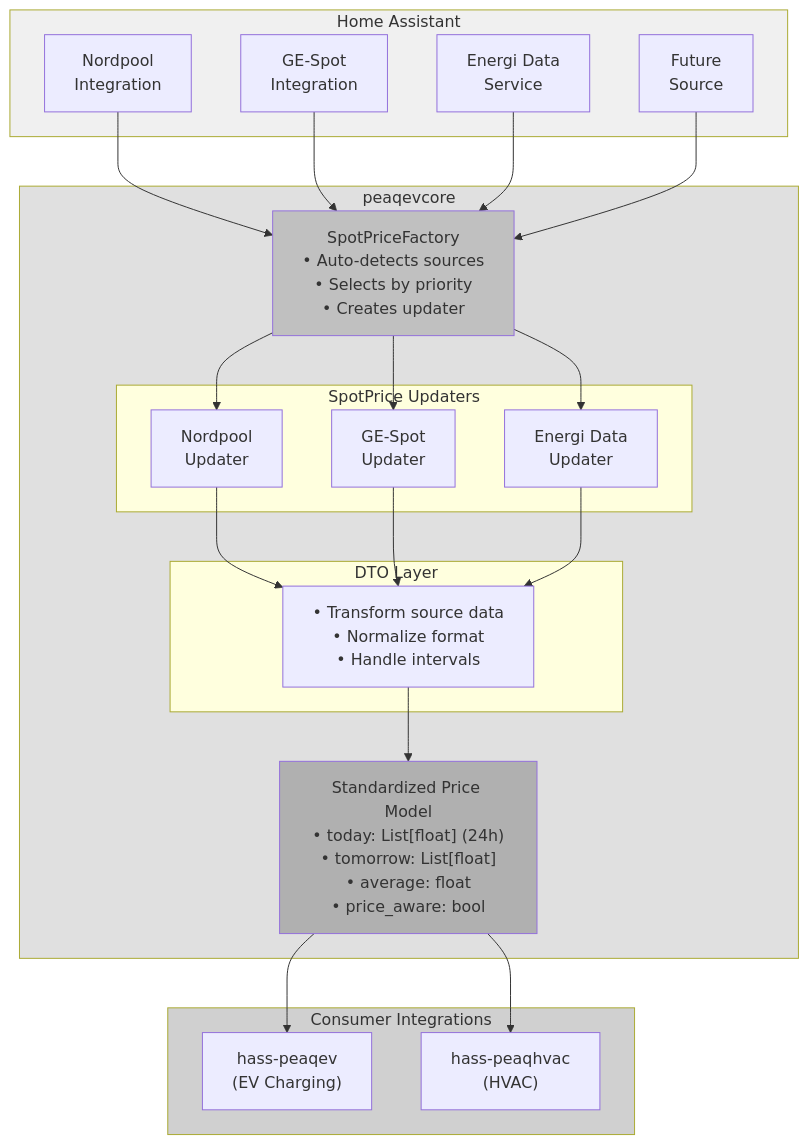
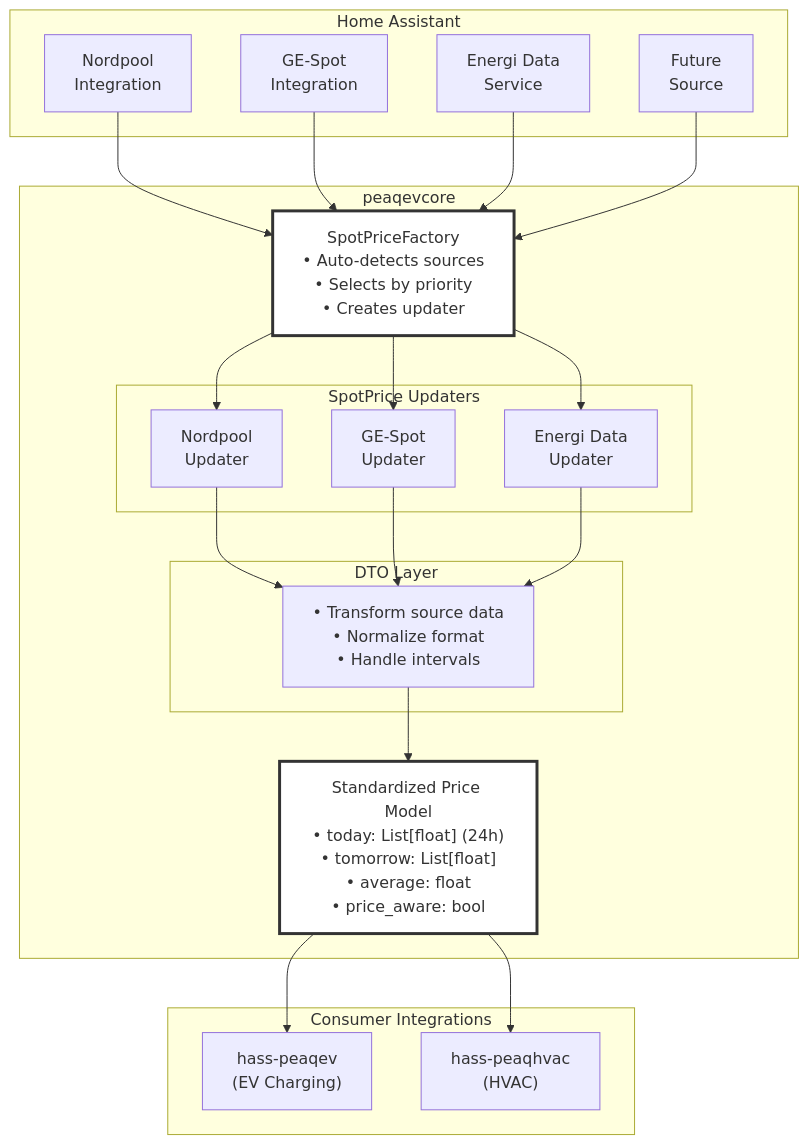
Before and after one commit to elden1337/peaqev-core: the first of 4 diagrams in docs/ARCHITECTURE.md, drawn with Mermaid. The commit also changed other lines of this file and 2 other files, not shown here.

First line of the commit message:
docs: Improve Mermaid diagram contrast and readability

````diff
--- a/docs/ARCHITECTURE.md
+++ b/docs/ARCHITECTURE.md
@@ -25,54 +25,51 @@
 ```mermaid
 graph TB
     subgraph HA["Home Assistant"]
         Nordpool["Nordpool<br/>Integration"]
         GESpot["GE-Spot<br/>Integration"]
         EDS["Energi Data<br/>Service"]
         Future["Future<br/>Source"]
     end
     
     subgraph Core["peaqevcore"]
         Factory["SpotPriceFactory<br/>• Auto-detects sources<br/>• Selects by priority<br/>• Creates updater"]
         
         subgraph Updaters["SpotPrice Updaters"]
             NordpoolUpd["Nordpool<br/>Updater"]
             GESpotUpd["GE-Spot<br/>Updater"]
             EDSUpd["Energi Data<br/>Updater"]
         end
         
         subgraph DTOs["DTO Layer"]
             DTOLayer["• Transform source data<br/>• Normalize format<br/>• Handle intervals"]
         end
         
         Model["Standardized Price Model<br/>• today: List[float] (24h)<br/>• tomorrow: List[float]<br/>• average: float<br/>• price_aware: bool"]
     end
     
     subgraph Consumers["Consumer Integrations"]
         PeaqEV["hass-peaqev<br/>(EV Charging)"]
         PeaqHVAC["hass-peaqhvac<br/>(HVAC)"]
     end
     
     Nordpool --> Factory
     GESpot --> Factory
     EDS --> Factory
     Future --> Factory
     
     Factory --> NordpoolUpd
     Factory --> GESpotUpd
     Factory --> EDSUpd
     
     NordpoolUpd --> DTOLayer
     GESpotUpd --> DTOLayer
     EDSUpd --> DTOLayer
     
     DTOLayer --> Model
     
     Model --> PeaqEV
     Model --> PeaqHVAC
     
-    style HA fill:#f0f0f0
-    style Core fill:#e0e0e0
-    style Consumers fill:#d0d0d0
-    style Factory fill:#c0c0c0
-    style Model fill:#b0b0b0
+    style Factory fill:#fff,stroke:#333,stroke-width:3px
+    style Model fill:#fff,stroke:#333,stroke-width:3px
 ```
````
